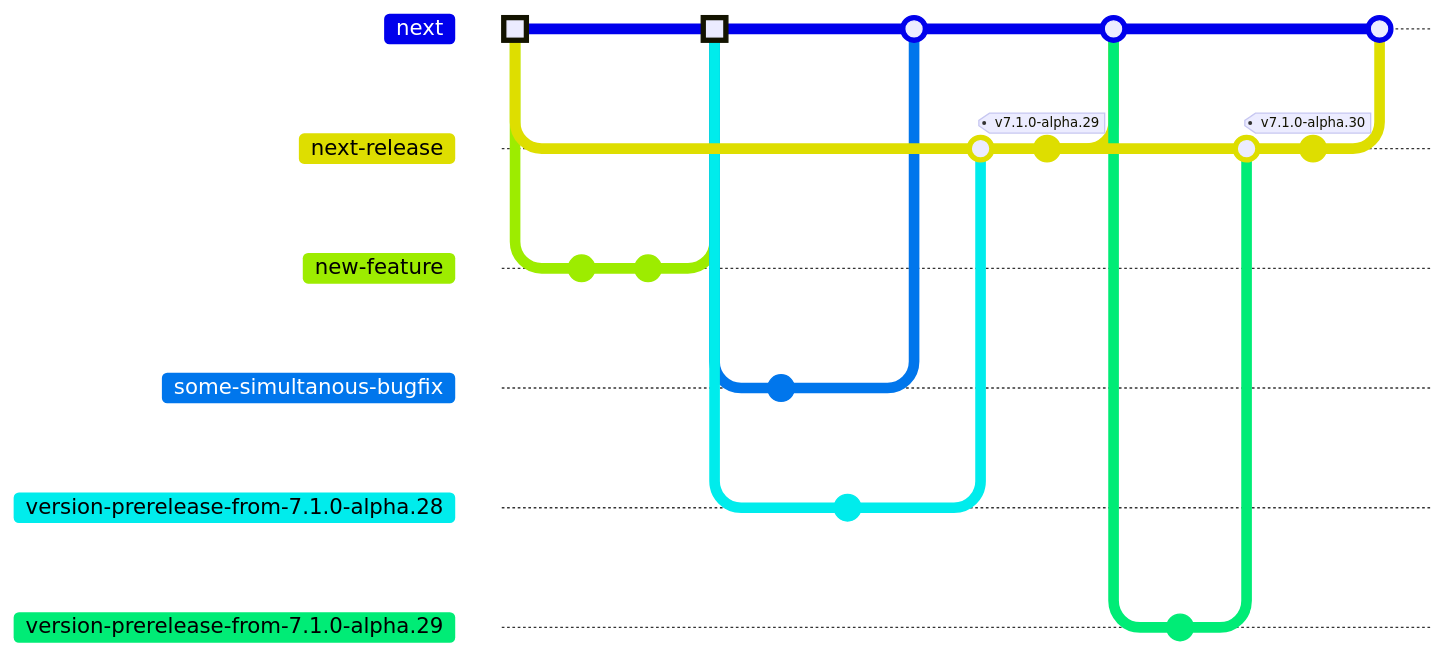
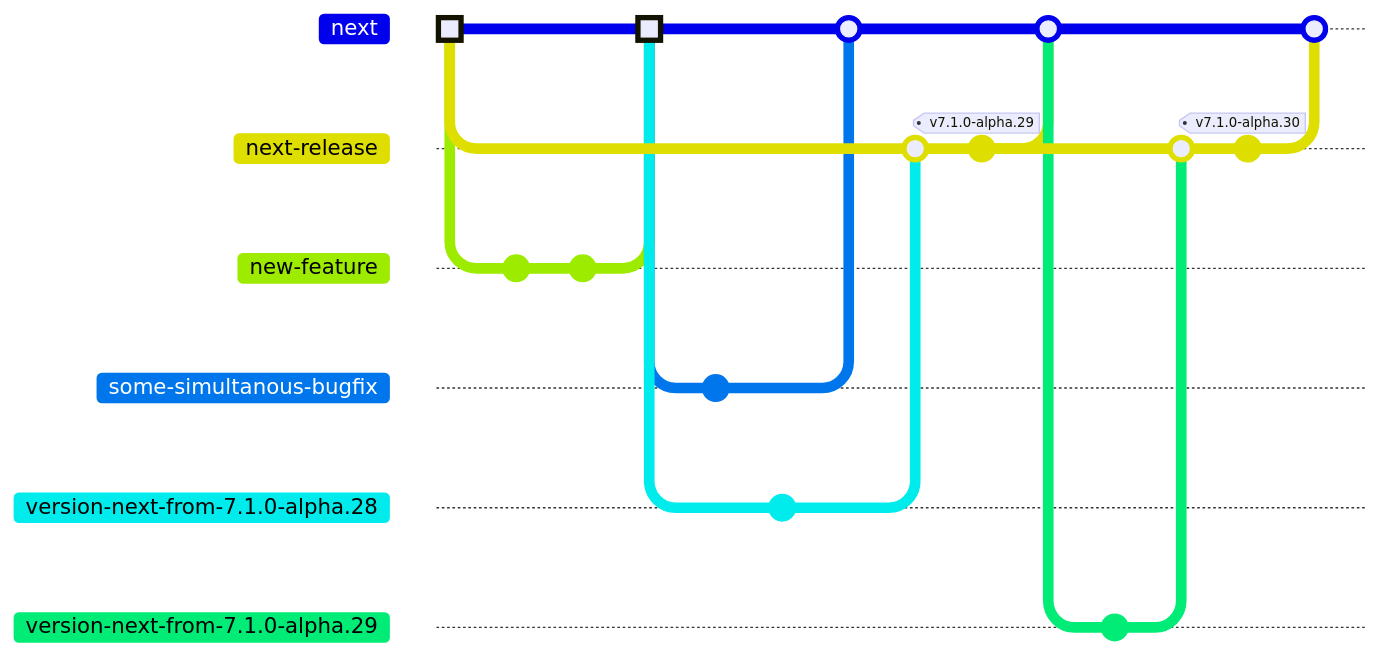
One commit to W427697/Discord- changed the fifth of 5 diagrams in CONTRIBUTING/RELEASING.md. Above: the diagram before and after it, drawn with Mermaid. The commit also changed other lines of this file and 4 other files, not shown here. Commit ids are hidden.

Commit message:
merge stable to latest-release instead of next-release, resolving merge conflicts

````diff
--- a/CONTRIBUTING/RELEASING.md
+++ b/CONTRIBUTING/RELEASING.md
@@ -576,30 +576,30 @@
 ```mermaid
 %%{init: { 'gitGraph': { 'mainBranchName': 'next' } } }%%
 gitGraph
     commit type: HIGHLIGHT
     branch next-release
     branch new-feature
     commit
     commit
     checkout next
     merge new-feature type: HIGHLIGHT
     branch some-simultanous-bugfix
     commit
     checkout next
-    branch version-prerelease-from-7.1.0-alpha.28
+    branch version-next-from-7.1.0-alpha.28
     commit id: "write changelog"
     checkout next
     merge some-simultanous-bugfix id: "whoops!"
     checkout next-release
-    merge version-prerelease-from-7.1.0-alpha.28
+    merge version-next-from-7.1.0-alpha.28
     commit id: "bump versions" tag: "v7.1.0-alpha.29"
     checkout next
     merge next-release
-    branch version-prerelease-from-7.1.0-alpha.29
+    branch version-next-from-7.1.0-alpha.29
     commit id: "write changelog again"
     checkout next-release
-    merge version-prerelease-from-7.1.0-alpha.29
+    merge version-next-from-7.1.0-alpha.29
     commit id: "bump versions again" tag: "v7.1.0-alpha.30"
     checkout next
     merge next-release
 ```
````
